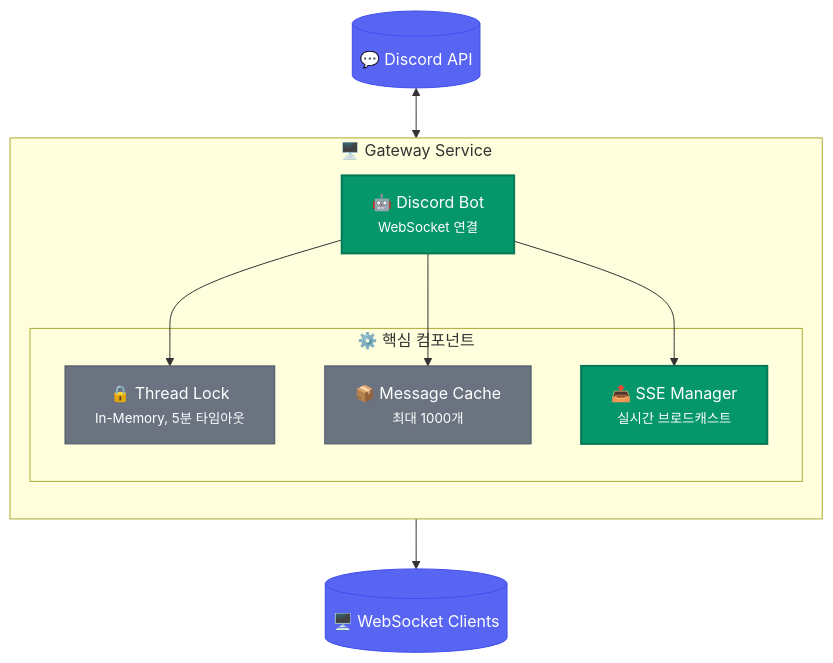
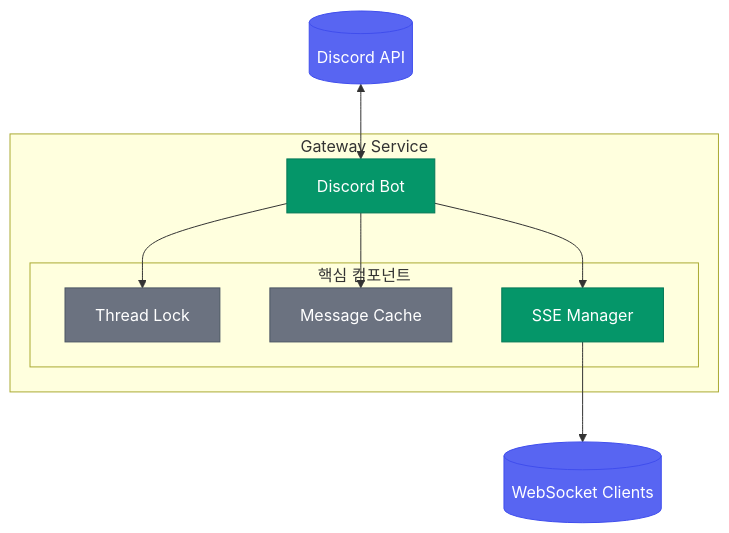
Before and after one commit to yarang/blogs: the third of 8 diagrams in content/ko/post/2026-03-01-013-discord-gateway-mcp-아키텍처-설계.md, drawn with Mermaid. The commit also changed other lines of this file and 1 other file, not shown here.

First line of the commit message:
Fix Mermaid parsing errors for web rendering

````diff
--- a/content/ko/post/2026-03-01-013-discord-gateway-mcp-아키텍처-설계.md
+++ b/content/ko/post/2026-03-01-013-discord-gateway-mcp-아키텍처-설계.md
@@ -179,25 +175,22 @@
 ```mermaid
 flowchart TB
-    %% 스타일 정의
-    classDef gateway fill:#059669,stroke:#047857,color:#fff,stroke-width:2px
+    classDef gateway fill:#059669,stroke:#047857,color:#fff
     classDef storage fill:#6B7280,stroke:#4B5563,color:#fff
     classDef external fill:#5865F2,stroke:#404EED,color:#fff
 
-    subgraph Gateway["🖥️ Gateway Service"]
-        direction TB
+    subgraph Gateway["Gateway Service"]
+        Bot["Discord Bot"]:::gateway
 
-        Bot["🤖 Discord Bot<br/><small>WebSocket 연결</small>"]:::gateway
-
-        subgraph Core["⚙️ 핵심 컴포넌트"]
-            Lock["🔒 Thread Lock<br/><small>In-Memory, 5분 타임아웃</small>"]:::storage
-            Cache["📦 Message Cache<br/><small>최대 1000개</small>"]:::storage
-            SSE["📤 SSE Manager<br/><small>실시간 브로드캐스트</small>"]:::gateway
+        subgraph Core["핵심 컴포넌트"]
+            Lock["Thread Lock"]:::storage
+            Cache["Message Cache"]:::storage
+            SSE["SSE Manager"]:::gateway
         end
     end
 
-    Discord[("💬 Discord API")]:::external <--> Bot
+    Discord[("Discord API")]:::external <--> Bot
     Bot --> Lock
     Bot --> Cache
     Bot --> SSE
-    SSE --> Clients[("🖥️ WebSocket Clients")]:::external
+    SSE --> Clients[("WebSocket Clients")]:::external
 ```
````
